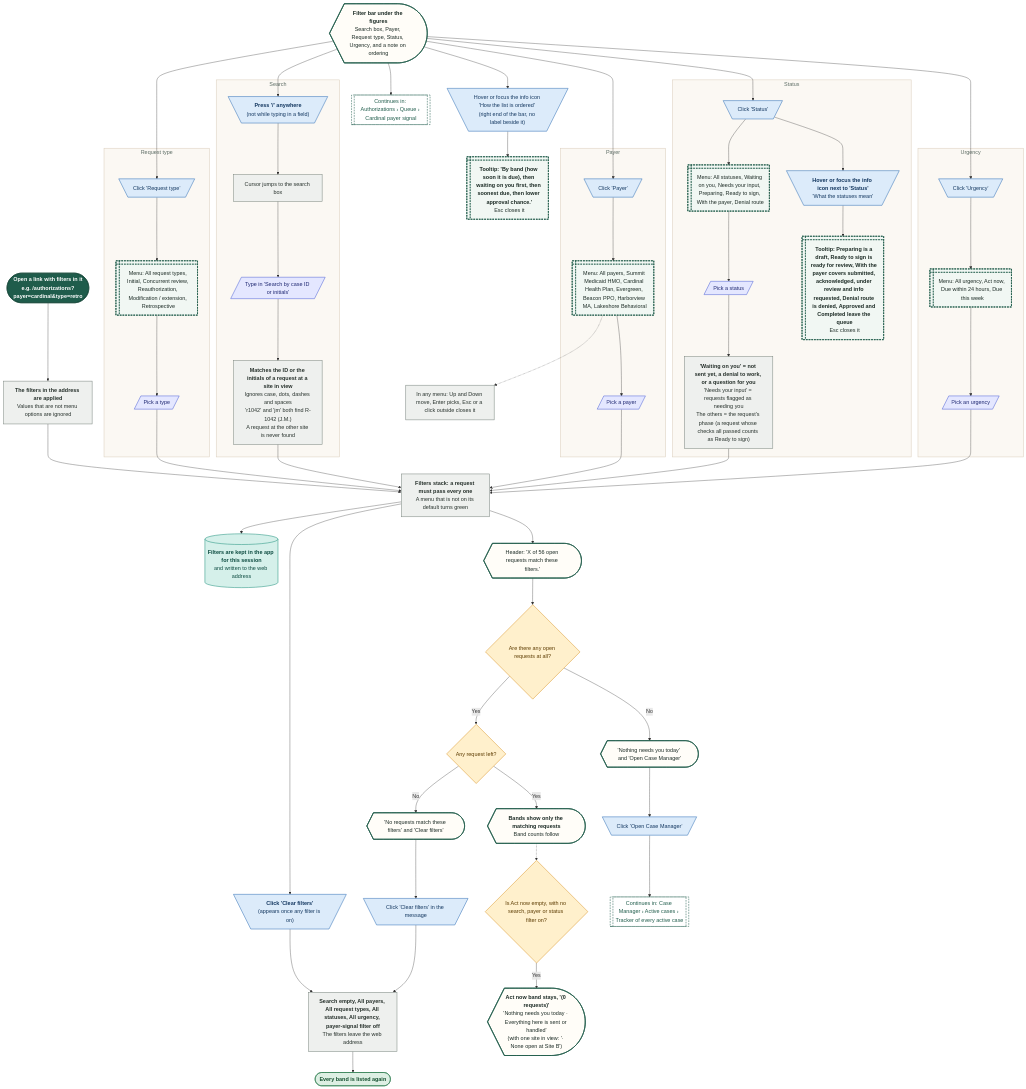
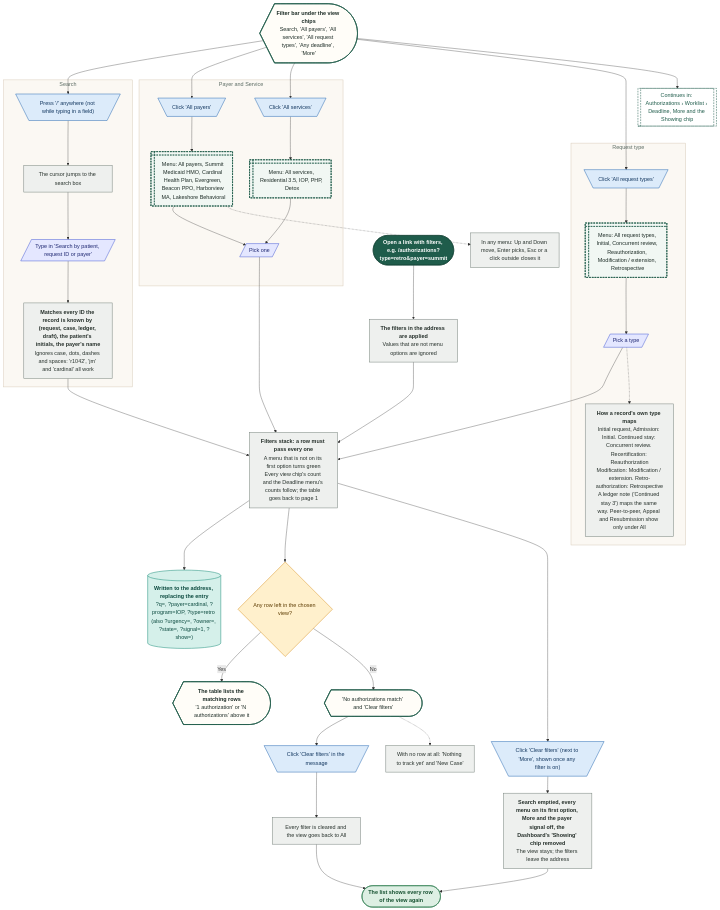
Before and after one commit to Shrav143/psyfloapp: the seventh of 38 diagrams in demos/prior-auth-demo/workflows/out/md/03-authorizations.md, drawn with Mermaid. The commit also changed other lines of this file and 113 other files, not shown here.

First line of the commit message:
docs: workflow diagrams for the merged Authorizations (worklist, approved, reviews and tracked cases, sidebar arrow), every link retargeted, 336 diagrams

````diff
--- a/demos/prior-auth-demo/workflows/out/md/03-authorizations.md
+++ b/demos/prior-auth-demo/workflows/out/md/03-authorizations.md
@@ -468,98 +581,68 @@
   classDef k_wait fill:#E4E8EE,stroke:#6B7C93,color:#26303D,stroke-width:1.5px
   classDef k_toast fill:#FFF9DB,stroke:#C9A400,color:#5A4A00,stroke-width:1.5px
   classDef k_goto fill:#FFFFFF,stroke:#1F5C4B,color:#1F5C4B,stroke-width:1.5px,stroke-dasharray:5 3
-  fb@{ shape: curv-trap, label: "<b>Filter bar under the figures</b><br/>Search box, Payer, Request type, Status, Urgency, and a note on ordering" }
+  fb@{ shape: curv-trap, label: "<b>Filter bar under the view chips</b><br/>Search, 'All payers', 'All services', 'All request types', 'Any deadline', 'More'" }
   subgraph gS ["Search"]
-  sk@{ shape: trap-t, label: "<b>Press '/' anywhere</b><br/>(not while typing in a field)" }
-  sf@{ shape: rect, label: "Cursor jumps to the search box" }
-  s1@{ shape: lean-r, label: "Type in 'Search by case ID or initials'" }
-  sm@{ shape: rect, label: "<b>Matches the ID or the initials of a request at a site in view</b><br/>Ignores case, dots, dashes and spaces<br/>'r1042' and 'jm' both find R-1042 (J.M.)<br/>A request at the other site is never found" }
+  sk@{ shape: trap-t, label: "Press '/' anywhere (not while typing in a field)" }
+  sf@{ shape: rect, label: "The cursor jumps to the search box" }
+  s1@{ shape: lean-r, label: "Type in 'Search by patient, request ID or payer'" }
+  sm@{ shape: rect, label: "<b>Matches every ID the record is known by (request, case, ledger, draft), the patient's initials, the payer's name</b><br/>Ignores case, dots, dashes and spaces: 'r1042', 'jm' and 'cardinal' all work" }
   end
-  subgraph gP ["Payer"]
-  p1@{ shape: trap-t, label: "Click 'Payer'" }
+  subgraph gP ["Payer and Service"]
+  p1@{ shape: trap-t, label: "Click 'All payers'" }
   p2@{ shape: win-pane, label: "Menu: All payers, Summit Medicaid HMO, Cardinal Health Plan, Evergreen, Beacon PPO, Harborview MA, Lakeshore Behavioral" }
-  p3@{ shape: lean-r, label: "Pick a payer" }
+  v1@{ shape: trap-t, label: "Click 'All services'" }
+  v2@{ shape: win-pane, label: "Menu: All services, Residential 3.5, IOP, PHP, Detox" }
+  pv@{ shape: lean-r, label: "Pick one" }
   end
-  subgraph gQ ["Request type"]
-  ty1@{ shape: trap-t, label: "Click 'Request type'" }
-  ty2@{ shape: win-pane, label: "Menu: All request types, Initial, Concurrent review, Reauthorization, Modification / extension, Retrospective" }
-  ty3@{ shape: lean-r, label: "Pick a type" }
+  subgraph gT ["Request type"]
+  t1@{ shape: trap-t, label: "Click 'All request types'" }
+  t2@{ shape: win-pane, label: "Menu: All request types, Initial, Concurrent review, Reauthorization, Modification / extension, Retrospective" }
+  t3@{ shape: lean-r, label: "Pick a type" }
+  t4@{ shape: rect, label: "<b>How a record's own type maps</b><br/>Initial request, Admission: Initial. Continued stay: Concurrent review. Recertification: Reauthorization<br/>Modification: Modification / extension. Retro-authorization: Retrospective<br/>A ledger note ('Continued stay 3') maps the same way. Peer-to-peer, Appeal and Resubmission show only under All" }
   end
-  subgraph gT ["Status"]
-  st1@{ shape: trap-t, label: "Click 'Status'" }
-  st2@{ shape: win-pane, label: "Menu: All statuses, Waiting on you, Needs your input, Preparing, Ready to sign, With the payer, Denial route" }
-  st3@{ shape: lean-r, label: "Pick a status" }
-  st4@{ shape: rect, label: "<b>'Waiting on you' = not sent yet, a denial to work, or a question for you</b><br/>'Needs your input' = requests flagged as needing you<br/>The others = the request's phase (a request whose checks all passed counts as Ready to sign)" }
-  sh@{ shape: trap-t, label: "<b>Hover or focus the info icon next to 'Status'</b><br/>'What the statuses mean'" }
-  sh2@{ shape: win-pane, label: "<b>Tooltip: Preparing is a draft, Ready to sign is ready for review, With the payer covers submitted, acknowledged, under review and info requested, Denial route is denied, Approved and Completed leave the queue</b><br/>Esc closes it" }
-  end
-  subgraph gU ["Urgency"]
-  u1@{ shape: trap-t, label: "Click 'Urgency'" }
-  u2@{ shape: win-pane, label: "Menu: All urgency, Act now, Due within 24 hours, Due this week" }
-  u3@{ shape: lean-r, label: "Pick an urgency" }
-  end
+  gD@{ shape: subproc, label: "Continues in: Authorizations › Worklist › Deadline, More and the Showing chip" }
   kb@{ shape: rect, label: "In any menu: Up and Down move, Enter picks, Esc or a click outside closes it" }
-  ot@{ shape: trap-t, label: "Hover or focus the info icon 'How the list is ordered' (right end of the bar, no label beside it)" }
-  ot2@{ shape: win-pane, label: "<b>Tooltip: 'By band (how soon it is due), then waiting on you first, then soonest due, then lower approval chance.'</b><br/>Esc closes it" }
-  ap@{ shape: rect, label: "<b>Filters stack: a request must pass every one</b><br/>A menu that is not on its default turns green" }
-  keep@{ shape: cyl, label: "<b>Filters are kept in the app for this session</b><br/>and written to the web address" }
-  dl@{ shape: stadium, label: "<b>Open a link with filters in it</b><br/>e.g. /authorizations?payer=cardinal&type=retro" }
+  ap@{ shape: rect, label: "<b>Filters stack: a row must pass every one</b><br/>A menu that is not on its first option turns green<br/>Every view chip's count and the Deadline menu's counts follow; the table goes back to page 1" }
+  ad@{ shape: cyl, label: "<b>Written to the address, replacing the entry</b><br/>?q=, ?payer=cardinal, ?program=IOP, ?type=retro (also ?urgency=, ?owner=, ?state=, ?signal=1, ?show=)" }
+  dl@{ shape: stadium, label: "Open a link with filters, e.g. /authorizations?type=retro&payer=summit" }
   dl2@{ shape: rect, label: "<b>The filters in the address are applied</b><br/>Values that are not menu options are ignored" }
-  hd@{ shape: curv-trap, label: "Header: 'X of 56 open requests match these filters.'" }
-  clr@{ shape: trap-t, label: "<b>Click 'Clear filters'</b><br/>(appears once any filter is on)" }
-  dAny@{ shape: diam, label: "Any request left?" }
-  res@{ shape: curv-trap, label: "<b>Bands show only the matching requests</b><br/>Band counts follow" }
-  emp@{ shape: curv-trap, label: "'No requests match these filters' and 'Clear filters'" }
+  dAny@{ shape: diam, label: "Any row left in the chosen view?" }
+  res@{ shape: curv-trap, label: "<b>The table lists the matching rows</b><br/>'1 authorization' or 'N authorizations' above it" }
+  emp@{ shape: curv-trap, label: "'No authorizations match' and 'Clear filters'" }
   ce@{ shape: trap-t, label: "Click 'Clear filters' in the message" }
-  rs@{ shape: rect, label: "<b>Search empty, All payers, All request types, All statuses, All urgency, payer-signal filter off</b><br/>The filters leave the web address" }
-  dOpen@{ shape: diam, label: "Are there any open requests at all?" }
-  e1@{ shape: stadium, label: "Every band is listed again" }
-  none@{ shape: curv-trap, label: "'Nothing needs you today' and 'Open Case Manager'" }
-  dNow@{ shape: diam, label: "Is Act now empty, with no search, payer or status filter on?" }
-  nowE@{ shape: curv-trap, label: "<b>Act now band stays, '(0 requests)'</b><br/>'Nothing needs you today · Everything here is sent or handled'<br/>(with one site in view: '· None open at Site B')" }
-  ocm@{ shape: trap-t, label: "Click 'Open Case Manager'" }
-  gCM@{ shape: subproc, label: "Continues in: Case Manager › Active cases › Tracker of every active case" }
-  gSig@{ shape: subproc, label: "Continues in: Authorizations › Queue › Cardinal payer signal" }
+  rs2@{ shape: rect, label: "Every filter is cleared and the view goes back to All" }
+  clr@{ shape: trap-t, label: "Click 'Clear filters' (next to 'More', shown once any filter is on)" }
+  rs@{ shape: rect, label: "<b>Search emptied, every menu on its first option, More and the payer signal off, the Dashboard's 'Showing' chip removed</b><br/>The view stays; the filters leave the address" }
+  nt@{ shape: rect, label: "With no row at all: 'Nothing to track yet' and 'New Case'" }
+  e1@{ shape: stadium, label: "The list shows every row of the view again" }
   fb --> sk --> sf --> s1
-  s1 --> sm
-  fb --> p1 --> p2 --> p3
-  fb --> st1 --> st2 --> st3 --> st4
-  fb --> u1 --> u2 --> u3
-  fb --> ty1 --> ty2 --> ty3
-  st1 --> sh
-  sh --> sh2
-  fb --> ot --> ot2
+  s1 --> sm --> ap
+  fb --> p1 --> p2 --> pv
+  fb --> v1 --> v2 --> pv
+  pv --> ap
+  fb --> t1 --> t2 --> t3 --> ap
+  t3 -.-> t4
+  p2 -.-> kb
+  fb --> gD
   dl --> dl2 --> ap
-  ty3 --> ap
-  p2 -.-> kb
-  sm --> ap
-  p3 --> ap
-  st4 --> ap
-  u3 --> ap
-  ap --> keep
-  ap --> hd --> dOpen
-  ap --> clr --> rs
-  dOpen -->|"Yes"| dAny
-  dOpen -->|"No"| none --> ocm --> gCM
+  ap --> ad
+  ap --> dAny
   dAny -->|"Yes"| res
-  res -.-> dNow
-  dNow -->|"Yes"| nowE
-  dAny -->|"No"| emp --> ce --> rs
-  rs --> e1
-  fb --> gSig
-  class fb,hd,res,emp,none,nowE k_screen
-  class sk,p1,ty1,st1,sh,u1,ot,clr,ce,ocm k_click
-  class sf,sm,st4,kb,ap,dl2,rs k_process
-  class s1,p3,ty3,st3,u3 k_input
-  class p2,ty2,st2,sh2,u2,ot2 k_overlay
-  class keep k_store
+  dAny -->|"No"| emp --> ce --> rs2 --> e1
+  ap --> clr --> rs --> e1
+  emp -.-> nt
+  class fb,res,emp k_screen
+  class sk,p1,v1,t1,ce,clr k_click
+  class sf,sm,t4,kb,ap,dl2,rs2,rs,nt k_process
+  class s1,pv,t3 k_input
+  class p2,v2,t2 k_overlay
+  class gD k_goto
+  class ad k_store
   class dl k_start
-  class dAny,dOpen,dNow k_decision
+  class dAny k_decision
   class e1 k_end
-  class gCM,gSig k_goto
   style gS fill:#FBF8F3,stroke:#D9CDBB,stroke-width:1.5px,color:#5B6B63
   style gP fill:#FBF8F3,stroke:#D9CDBB,stroke-width:1.5px,color:#5B6B63
-  style gQ fill:#FBF8F3,stroke:#D9CDBB,stroke-width:1.5px,color:#5B6B63
   style gT fill:#FBF8F3,stroke:#D9CDBB,stroke-width:1.5px,color:#5B6B63
-  style gU fill:#FBF8F3,stroke:#D9CDBB,stroke-width:1.5px,color:#5B6B63
 ```
````
